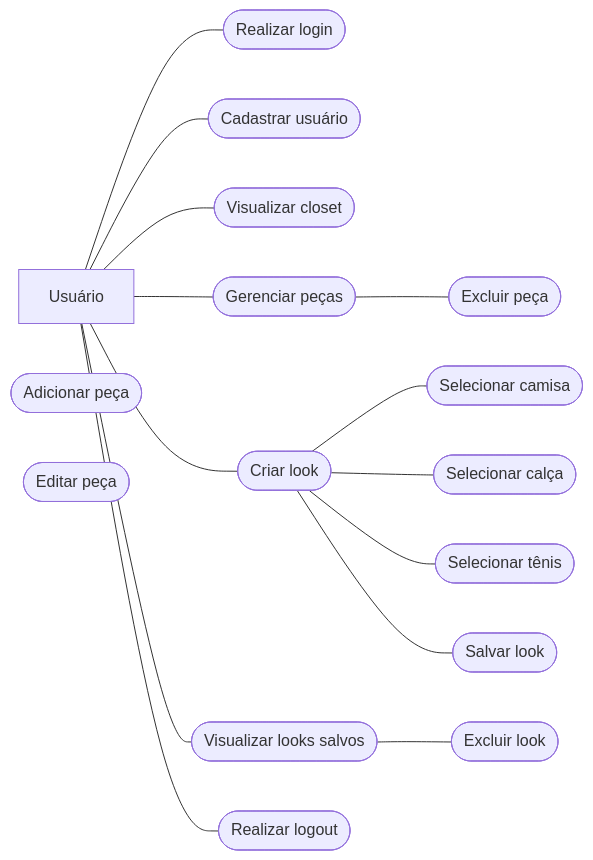
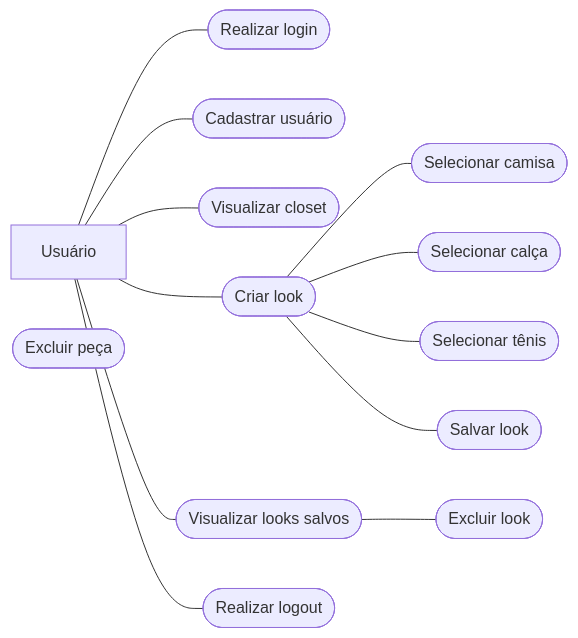
Before and after one commit to oDeivison/Apolo-Armario_virtual: the diagram in usecase.md, drawn with Mermaid.

````diff
--- a/usecase.md
+++ b/usecase.md
@@ -3,44 +3,37 @@
 ```mermaid
 flowchart LR
 
     %% Ator
     USUARIO[Usuário]
 
     %% Casos de uso
     LOGIN([Realizar login])
     CAD([Cadastrar usuário])
     CLOSET([Visualizar closet])
-    PECA([Gerenciar peças])
-    ADD_PECA([Adicionar peça])
-    EDIT_PECA([Editar peça])
     EXC_PECA([Excluir peça])
     LOOK([Criar look])
     CAMISA([Selecionar camisa])
     CALCA([Selecionar calça])
     TENIS([Selecionar tênis])
     SALVAR([Salvar look])
     LOOKS([Visualizar looks salvos])
     EXC_LOOK([Excluir look])
     LOGOUT([Realizar logout])
 
     %% Relacionamento do usuário
     USUARIO --- LOGIN
     USUARIO --- CAD
     USUARIO --- CLOSET
-    USUARIO --- PECA
     USUARIO --- LOOK
     USUARIO --- LOOKS
     USUARIO --- LOGOUT
-
-    %% Gerenciamento de peças
-    PECA --- EXC_PECA
 
     %% Criação do look
     LOOK --- CAMISA
     LOOK --- CALCA
     LOOK --- TENIS
     LOOK --- SALVAR
 
     %% Gerenciamento dos looks salvos
     LOOKS --- EXC_LOOK
 ```
````
